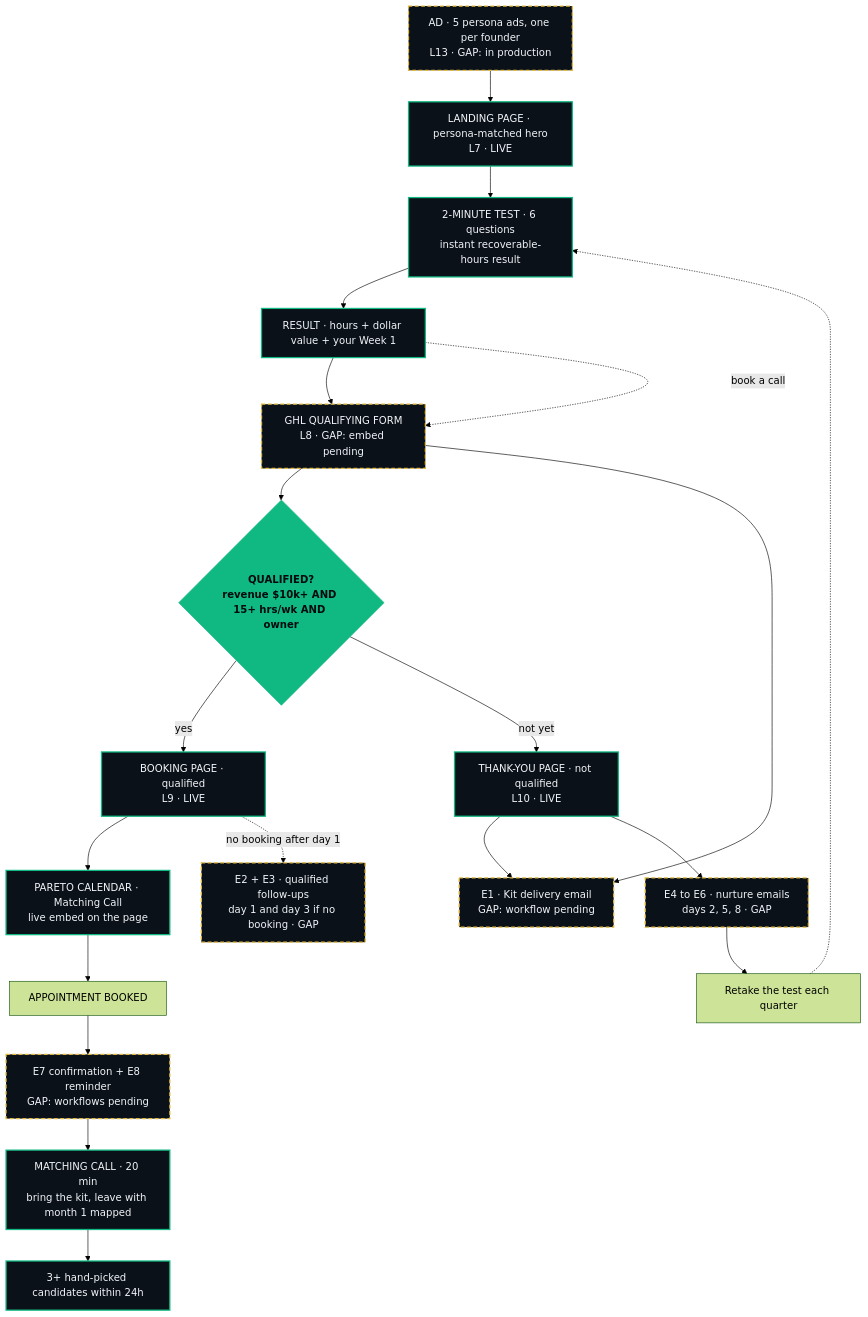
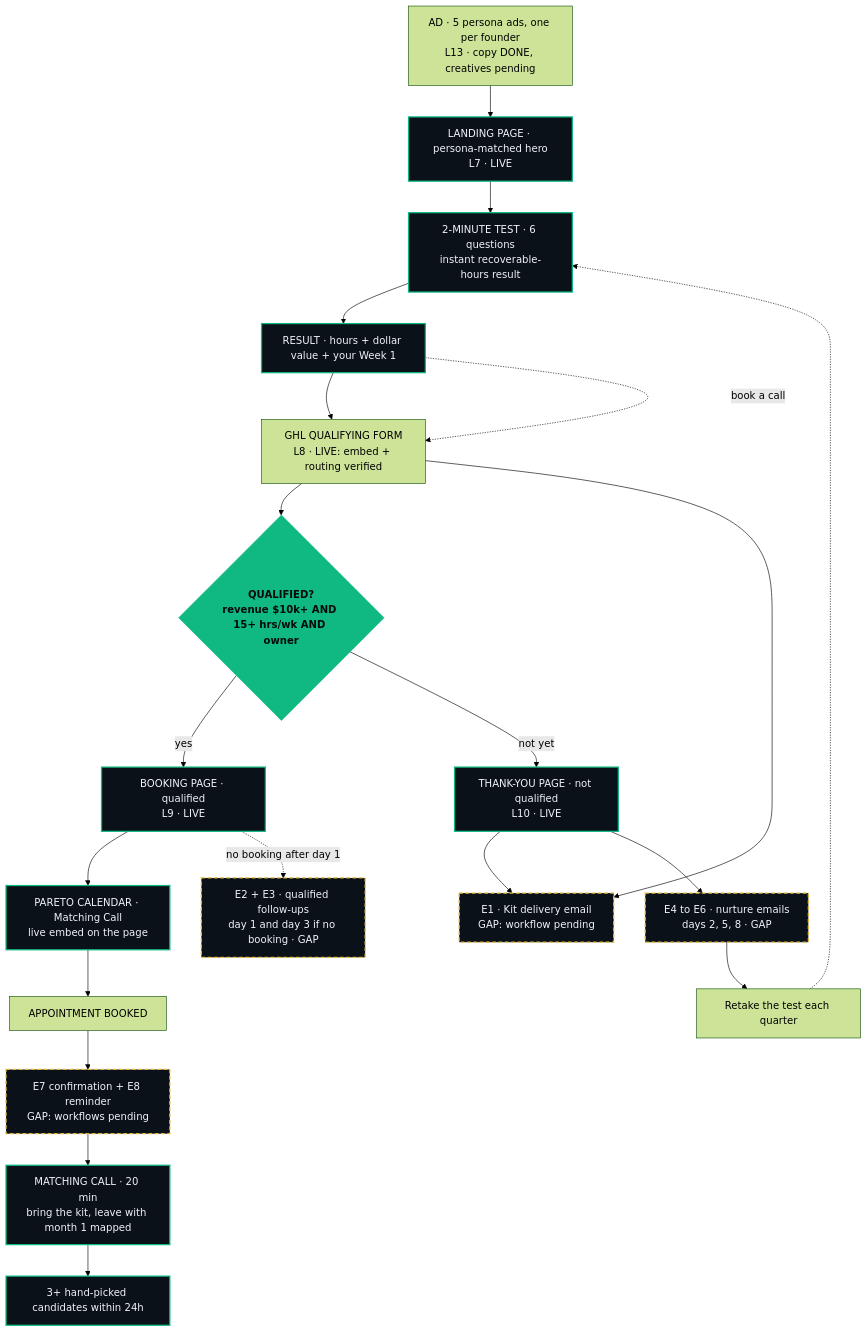
Before and after one commit to francisco12-a11y/Final-Project: the diagram in project-docs/business-map.md, drawn with Mermaid (forest theme). The commit also changed other lines of this file and 1 other file, not shown here.

Commit message:
Business Map: statuses current (L8 live, L13 copy done)

````diff
--- a/project-docs/business-map.md
+++ b/project-docs/business-map.md
@@ -16,35 +16,35 @@
 ```mermaid
 flowchart TD
-    AD["AD · 5 persona ads, one per founder<br/>L13 · GAP: in production"]
+    AD["AD · 5 persona ads, one per founder<br/>L13 · copy DONE, creatives pending"]
     LP["LANDING PAGE · persona-matched hero<br/>L7 · LIVE"]
     TEST["2-MINUTE TEST · 6 questions<br/>instant recoverable-hours result"]
     RESULT["RESULT · hours + dollar value + your Week 1"]
-    FORM["GHL QUALIFYING FORM<br/>L8 · GAP: embed pending"]
+    FORM["GHL QUALIFYING FORM<br/>L8 · LIVE: embed + routing verified"]
     QUAL{"QUALIFIED?<br/>revenue $10k+ AND 15+ hrs/wk AND owner"}
     QPAGE["BOOKING PAGE · qualified<br/>L9 · LIVE"]
     CAL["PARETO CALENDAR · Matching Call<br/>live embed on the page"]
     APPT["APPOINTMENT BOOKED"]
     E7E8["E7 confirmation + E8 reminder<br/>GAP: workflows pending"]
     CALL["MATCHING CALL · 20 min<br/>bring the kit, leave with month 1 mapped"]
     CAND["3+ hand-picked candidates within 24h"]
     TPAGE["THANK-YOU PAGE · not qualified<br/>L10 · LIVE"]
     E1["E1 · Kit delivery email<br/>GAP: workflow pending"]
     E2E3["E2 + E3 · qualified follow-ups<br/>day 1 and day 3 if no booking · GAP"]
     NUR["E4 to E6 · nurture emails<br/>days 2, 5, 8 · GAP"]
     RETAKE["Retake the test each quarter"]
 
     AD --> LP --> TEST --> RESULT --> FORM --> QUAL
     RESULT -.book a call.-> FORM
     QUAL -- yes --> QPAGE --> CAL --> APPT --> E7E8 --> CALL --> CAND
     QUAL -- not yet --> TPAGE --> E1
     FORM --> E1
     QPAGE -.no booking after day 1.-> E2E3
     TPAGE --> NUR --> RETAKE -.-> TEST
 
     classDef live fill:#0b1119,stroke:#10b981,stroke-width:2px,color:#f0f4f8
     classDef gap fill:#0b1119,stroke:#e2b93b,stroke-width:2px,stroke-dasharray:6 4,color:#f0f4f8
     classDef decision fill:#10b981,stroke:#10b981,color:#050a0e,font-weight:bold
     class LP,QPAGE,CAL,TPAGE,TEST,RESULT,CALL,CAND live
-    class AD,FORM,E7E8,E1,E2E3,NUR gap
+    class E7E8,E1,E2E3,NUR gap
     class QUAL decision
 ```
````
